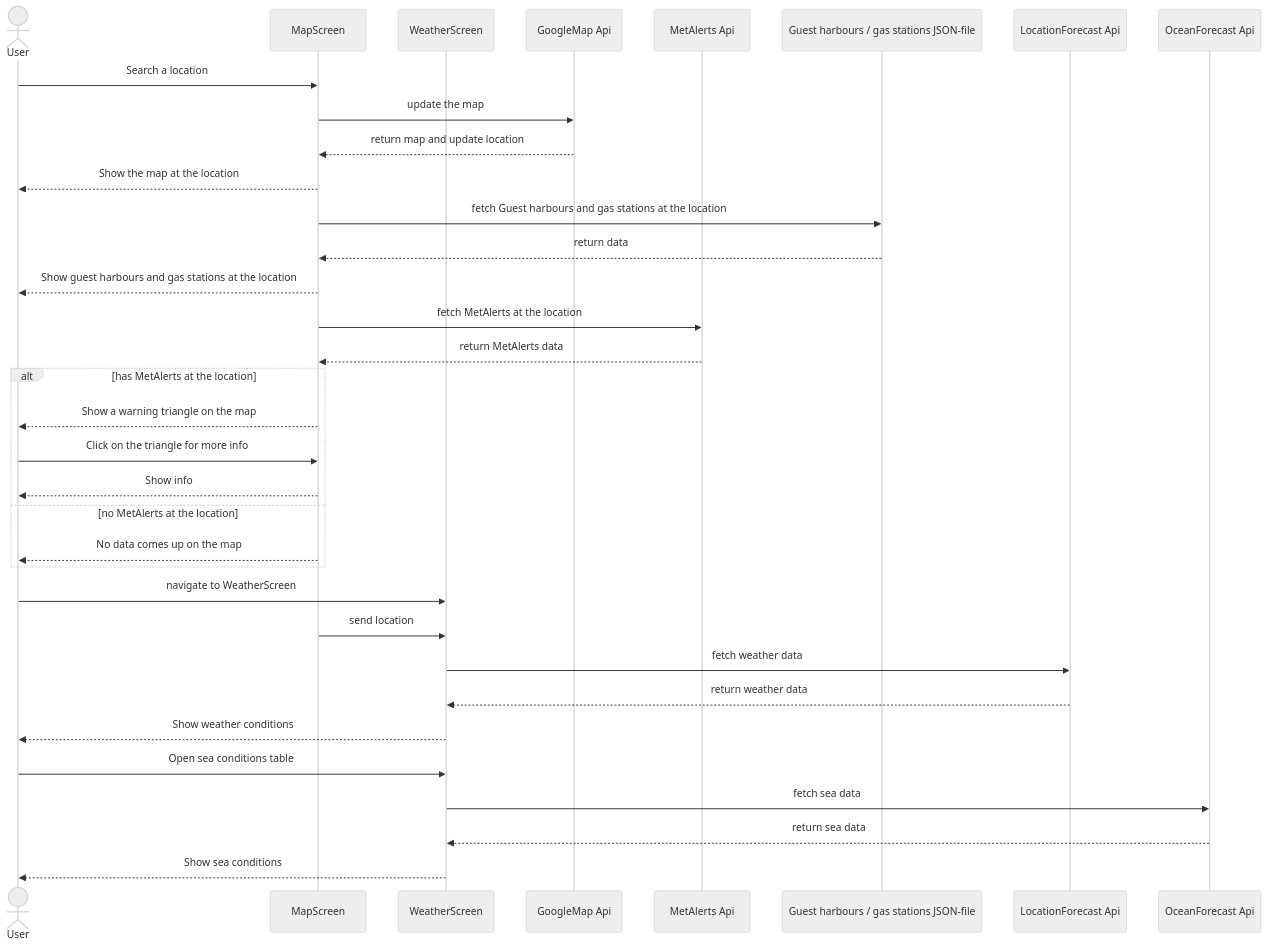
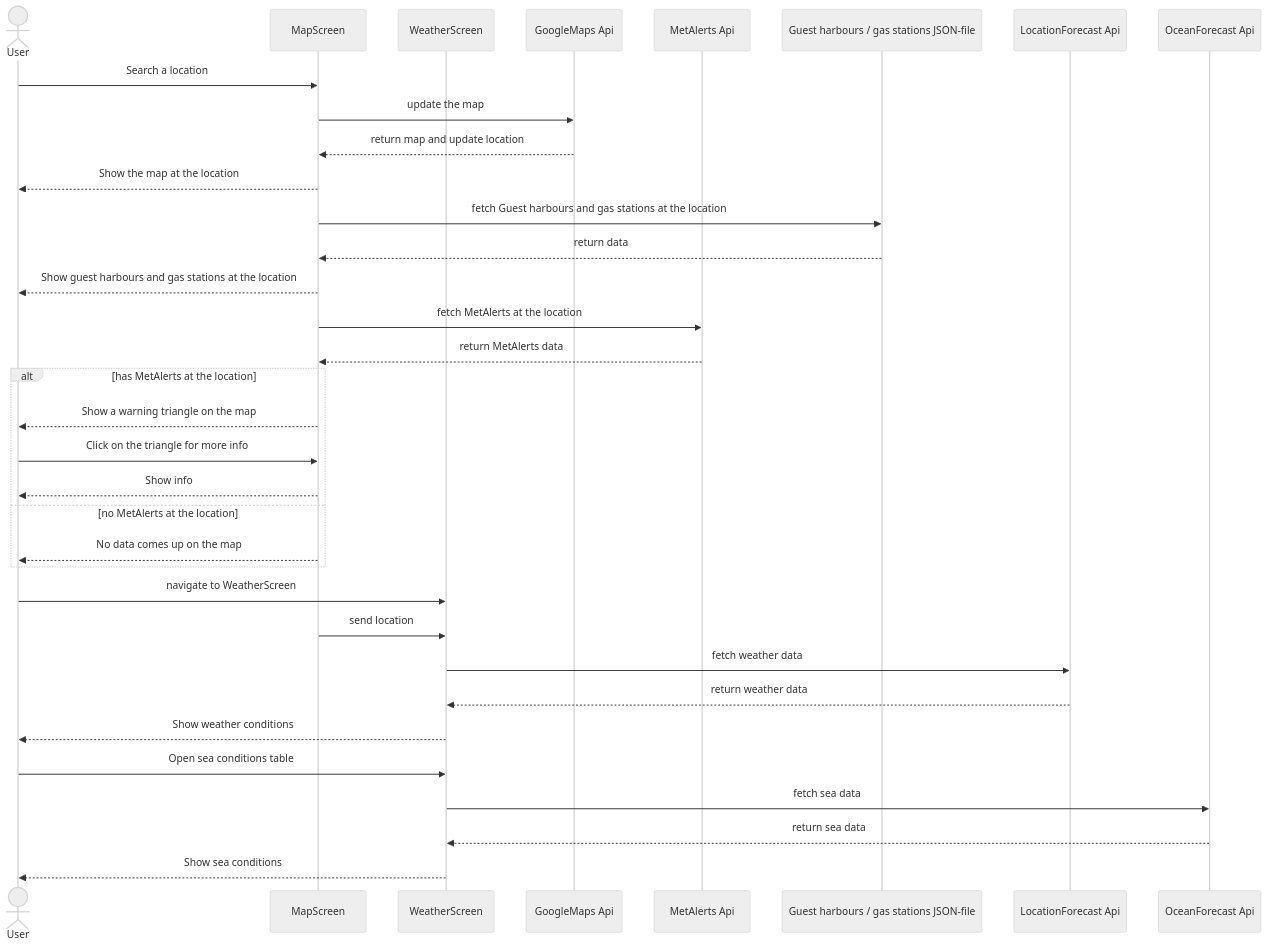
One commit to ronjainstanes/IN2000-student-project changed the diagram in MODELING.md. Above: the diagram before and after it, drawn with Mermaid (neutral theme). The commit also changed other lines of this file, not shown here.

Commit message:
map to maps

````diff
--- a/MODELING.md
+++ b/MODELING.md
@@ -63,59 +63,59 @@
 ```mermaid
     sequenceDiagram
         actor User
         participant MapScreen
         participant WeatherScreen 
-        participant GoogleMap Api
+        participant GoogleMaps Api
         participant MetAlerts Api
         participant Guest harbours / gas stations JSON-file
         participant LocationForecast Api
         participant OceanForecast Api
 
         User->>MapScreen: Search a location
 
-        MapScreen->>GoogleMap Api: update the map
+        MapScreen->>GoogleMaps Api: update the map
         
-        GoogleMap Api-->>MapScreen: return map and update location
+        GoogleMaps Api-->>MapScreen: return map and update location
         
         MapScreen-->>User: Show the map at the location
         
         MapScreen->>Guest harbours / gas stations JSON-file: fetch Guest harbours and gas stations at the location
         
         Guest harbours / gas stations JSON-file-->>MapScreen: return data
         
         MapScreen-->>User: Show guest harbours and gas stations at the location
         
         MapScreen->>MetAlerts Api: fetch MetAlerts at the location
         
         MetAlerts Api-->>MapScreen: return MetAlerts data
 
         alt has MetAlerts at the location
         
             MapScreen-->>User: Show a warning triangle on the map
             User->>MapScreen: Click on the triangle for more info
             MapScreen-->>User: Show info
 
         else no MetAlerts at the location
         
             MapScreen-->>User: No data comes up on the map
 
         end
         
         User->>WeatherScreen: navigate to WeatherScreen
         
         MapScreen->>WeatherScreen: send location
         
         WeatherScreen->>LocationForecast Api: fetch weather data
         
         LocationForecast Api-->>WeatherScreen: return weather data
         
         WeatherScreen-->>User: Show weather conditions
         
         User->>WeatherScreen: Open sea conditions table
         
         WeatherScreen->>OceanForecast Api: fetch sea data
         
         OceanForecast Api-->>WeatherScreen: return sea data
         
         WeatherScreen-->>User: Show sea conditions
 ```
````
